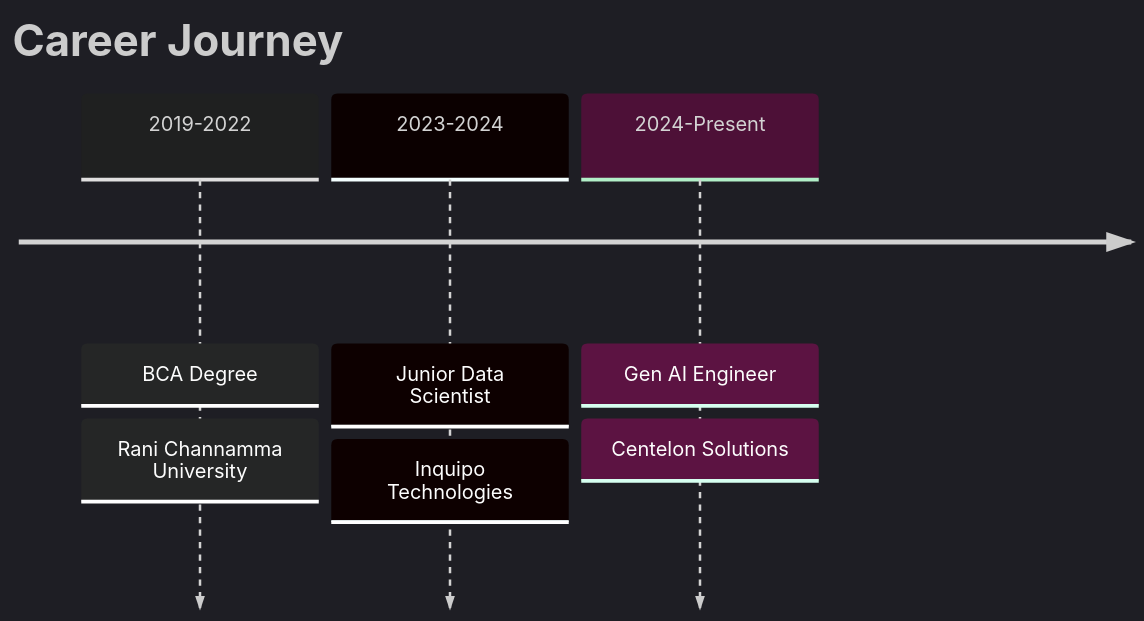
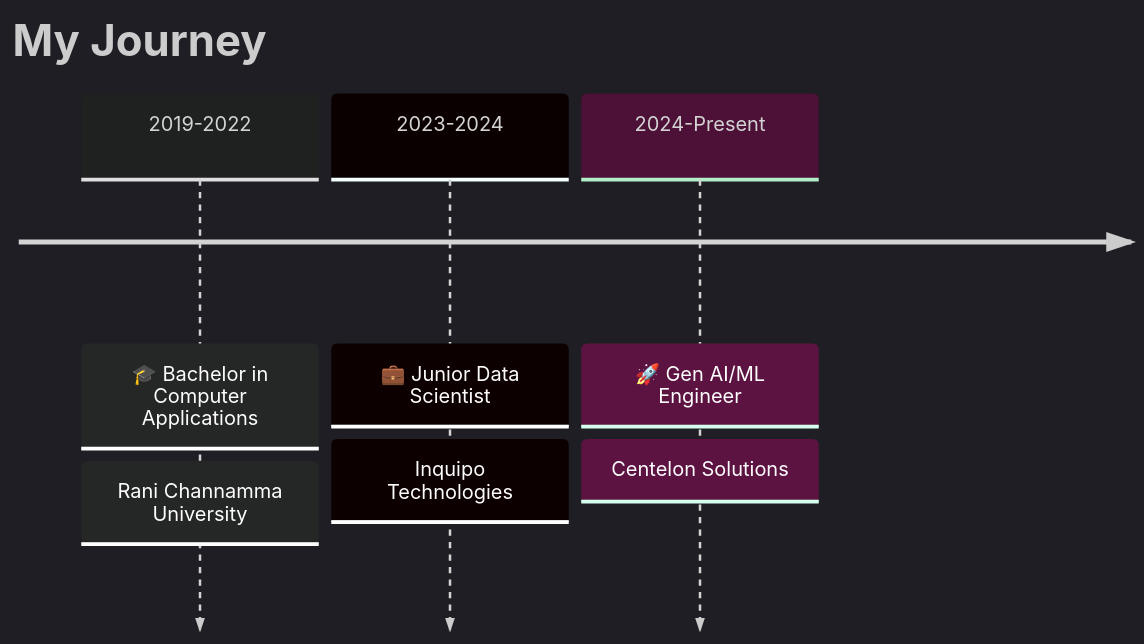
One commit to Vijay-konakeri/Vijay-konakeri changed the diagram in README.md. Above: the diagram before and after it, drawn with Mermaid. The commit also changed other lines of this file, not shown here.

````diff
--- a/README.md
+++ b/README.md
@@ -103,8 +139,8 @@
 ```mermaid
 %%{init: {'theme':'dark'}}%%
 timeline
-    title Career Journey
-    2019-2022 : BCA Degree : Rani Channamma University
-    2023-2024 : Junior Data Scientist : Inquipo Technologies
-    2024-Present : Gen AI Engineer : Centelon Solutions
+    title My Journey
+    2019-2022 : 🎓 Bachelor in Computer Applications : Rani Channamma University
+    2023-2024 : 💼 Junior Data Scientist : Inquipo Technologies
+    2024-Present : 🚀 Gen AI/ML Engineer : Centelon Solutions
 ```
````
